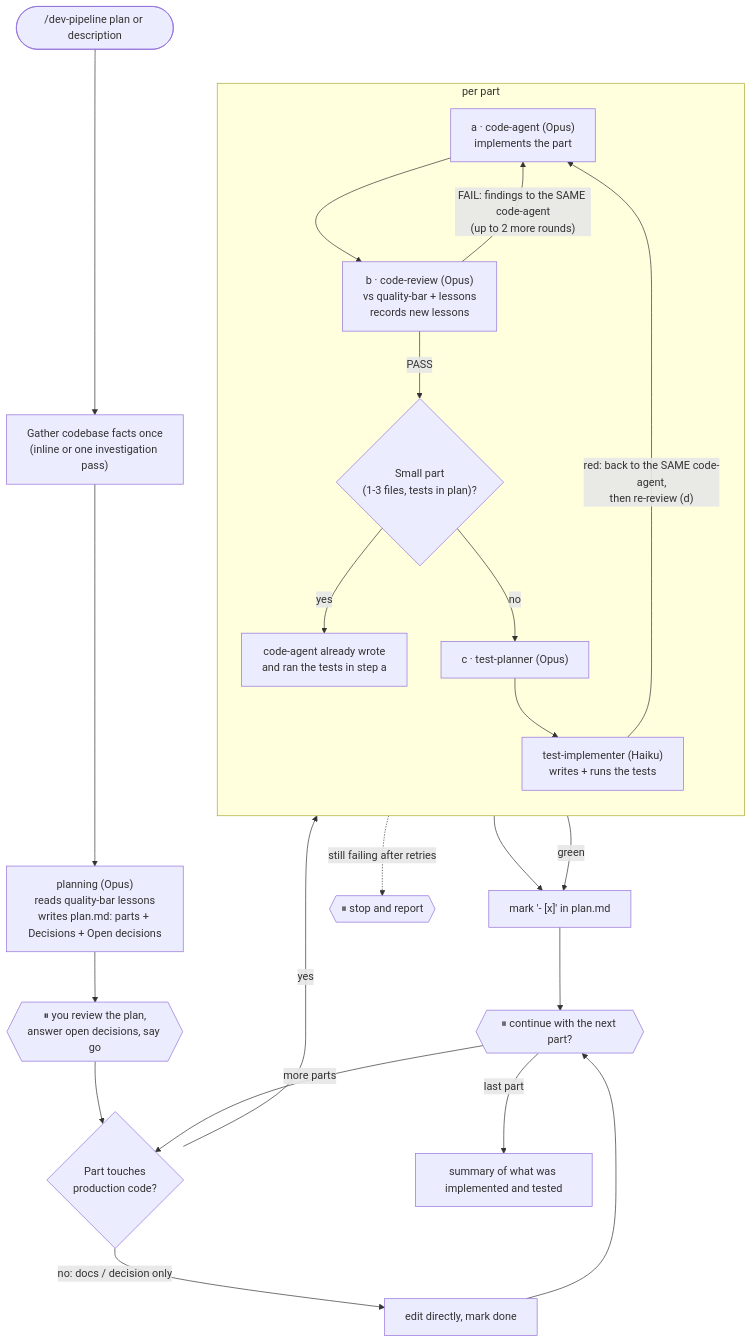
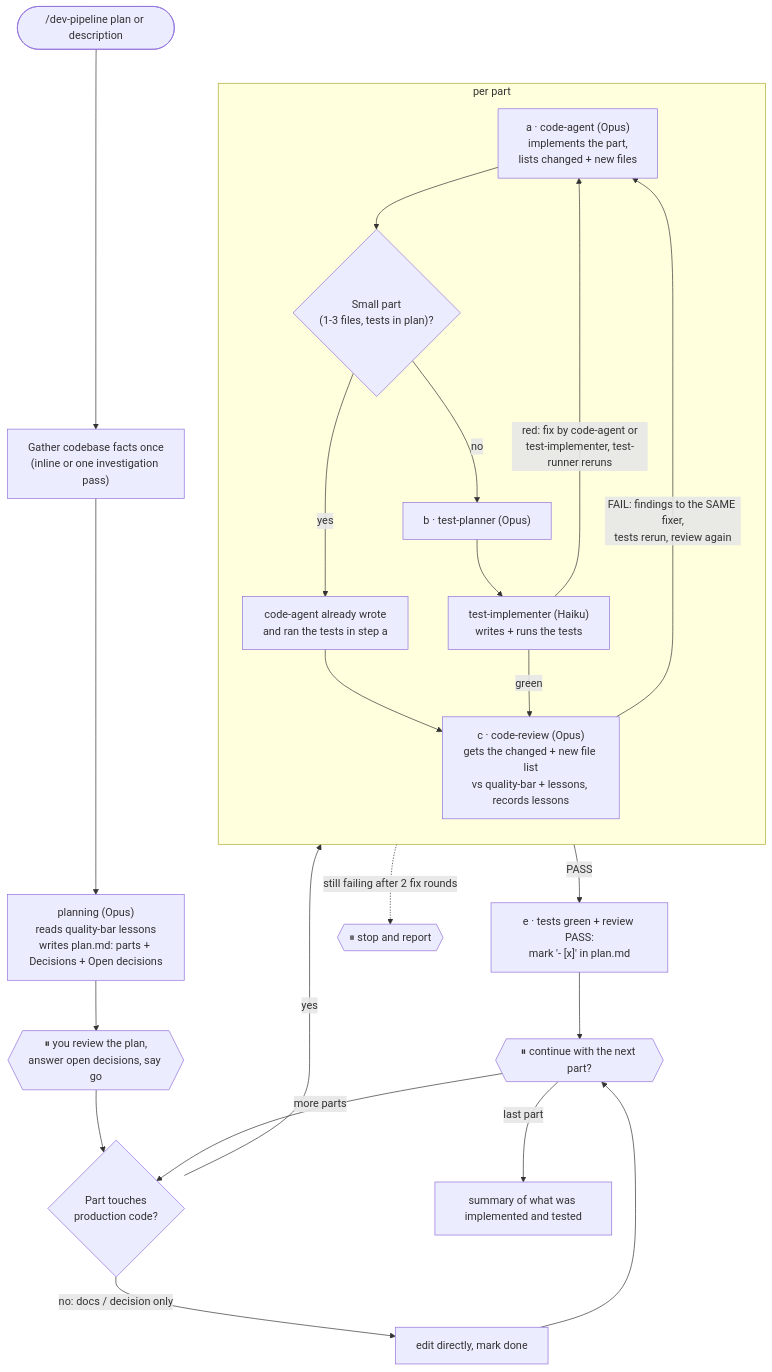
One commit to mxrpr/dev-pipeline-kit changed the diagram in docs/dev-pipeline.md. Above: the diagram before and after it, drawn with Mermaid. The commit also changed other lines of this file and 7 other files, not shown here.

First line of the commit message:
fix(pipelines): close review and test gaps in /dev-pipeline and /feature

````diff
--- a/docs/dev-pipeline.md
+++ b/docs/dev-pipeline.md
@@ -14,28 +14,28 @@
 ```mermaid
 flowchart TD
     IN(["/dev-pipeline plan or description"]) --> INV["Gather codebase facts once<br/>(inline or one investigation pass)"]
     INV --> PL["planning (Opus)<br/>reads quality-bar lessons<br/>writes plan.md: parts + Decisions + Open decisions"]
     PL --> G1{{"⏸ you review the plan,<br/>answer open decisions, say go"}}
     G1 --> FAST{"Part touches<br/>production code?"}
 
     FAST -->|"no: docs / decision only"| EDIT["edit directly, mark done"]
     FAST -->|yes| IMP
 
     subgraph PART [" per part "]
         direction TB
-        IMP["a · code-agent (Opus)<br/>implements the part"] --> REV["b · code-review (Opus)<br/>vs quality-bar + lessons<br/>records new lessons"]
-        REV -->|"FAIL: findings to the SAME code-agent<br/>(up to 2 more rounds)"| IMP
-        REV -->|PASS| SMALL{"Small part<br/>(1-3 files, tests in plan)?"}
+        IMP["a · code-agent (Opus)<br/>implements the part,<br/>lists changed + new files"] --> SMALL{"Small part<br/>(1-3 files, tests in plan)?"}
         SMALL -->|yes| INL["code-agent already wrote<br/>and ran the tests in step a"]
-        SMALL -->|no| TP["c · test-planner (Opus)"] --> TI["test-implementer (Haiku)<br/>writes + runs the tests"]
-        TI -->|"red: back to the SAME code-agent,<br/>then re-review (d)"| IMP
+        SMALL -->|no| TP["b · test-planner (Opus)"] --> TI["test-implementer (Haiku)<br/>writes + runs the tests"]
+        TI -->|"red: fix by code-agent or<br/>test-implementer, test-runner reruns"| IMP
+        INL --> REV
+        TI -->|green| REV["c · code-review (Opus)<br/>gets the changed + new file list<br/>vs quality-bar + lessons, records lessons"]
+        REV -->|"FAIL: findings to the SAME fixer,<br/>tests rerun, review again"| IMP
     end
 
-    INL --> DONE["mark '- [x]' in plan.md"]
-    TI -->|green| DONE
+    REV -->|PASS| DONE["e · tests green + review PASS:<br/>mark '- [x]' in plan.md"]
     EDIT --> NEXT
     DONE --> NEXT{{"⏸ continue with the next part?"}}
     NEXT -->|"more parts"| FAST
     NEXT -->|"last part"| END["summary of what was implemented and tested"]
-    PART -. "still failing after retries" .-> STOP{{"⏸ stop and report"}}
+    PART -. "still failing after 2 fix rounds" .-> STOP{{"⏸ stop and report"}}
 ```
````
